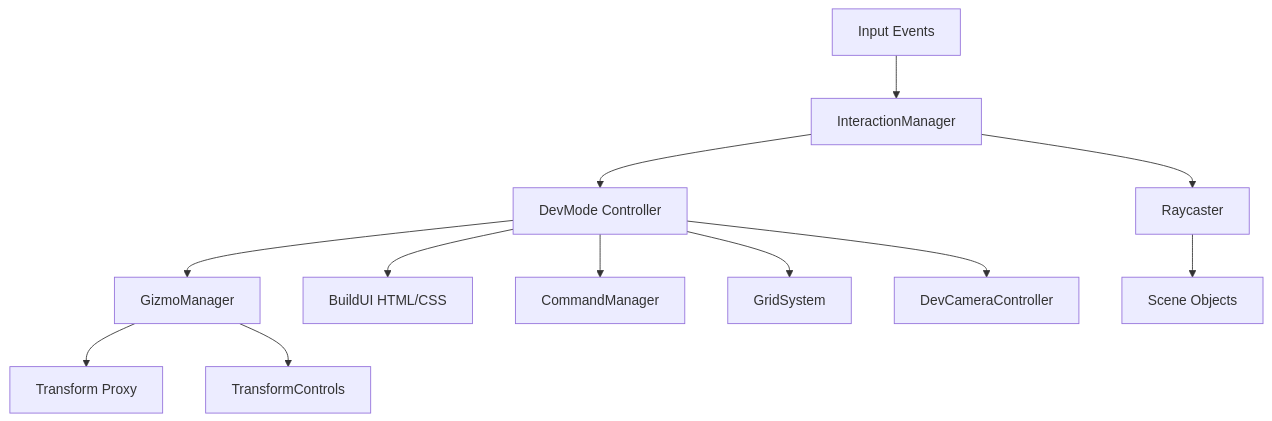
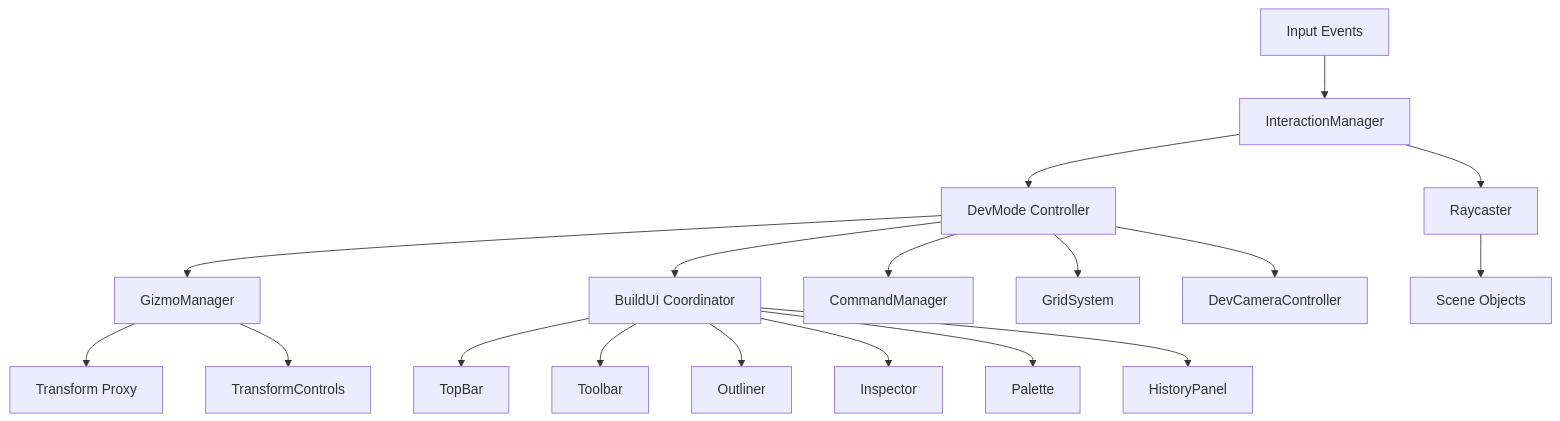
The diagram in docs/dev_tools.md (DanteMarone/Drone-City-Flight), drawn with Mermaid before and after one commit. The commit also changed other lines of this file and 12 other files, not shown here.

````diff
--- a/docs/dev_tools.md
+++ b/docs/dev_tools.md
@@ -10,17 +10,24 @@
 ```mermaid
 graph TD
     Input[Input Events] --> Interaction[InteractionManager]
     Interaction --> DevMode[DevMode Controller]
 
     DevMode --> Gizmo[GizmoManager]
-    DevMode --> BuildUI[BuildUI HTML/CSS]
+    DevMode --> BuildUI[BuildUI Coordinator]
     DevMode --> History[CommandManager]
     DevMode --> Grid[GridSystem]
     DevMode --> Cam[DevCameraController]
+
+    BuildUI --> TopBar
+    BuildUI --> Toolbar
+    BuildUI --> Outliner
+    BuildUI --> Inspector
+    BuildUI --> Palette
+    BuildUI --> HistoryPanel
 
     Gizmo --> Proxy[Transform Proxy]
     Gizmo --> Controls[TransformControls]
 
     Interaction --> Raycast[Raycaster]
     Raycast --> Scene[Scene Objects]
 ```
````
